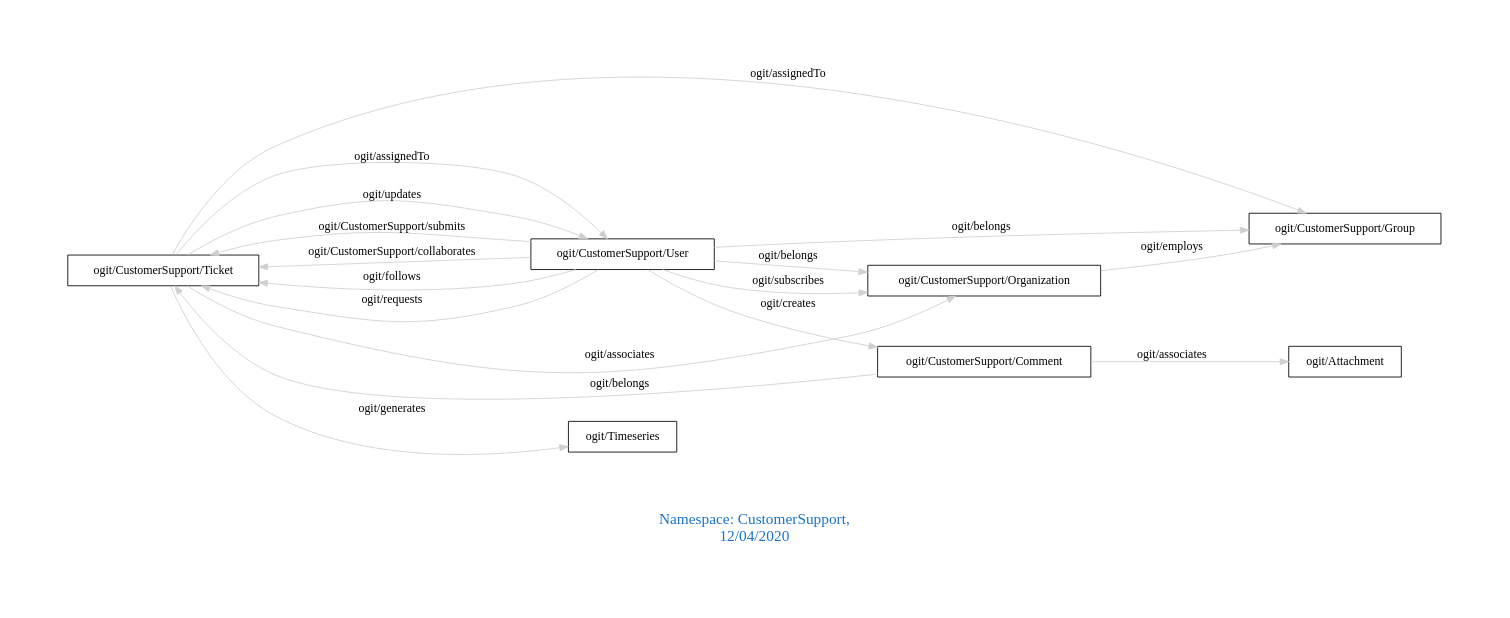
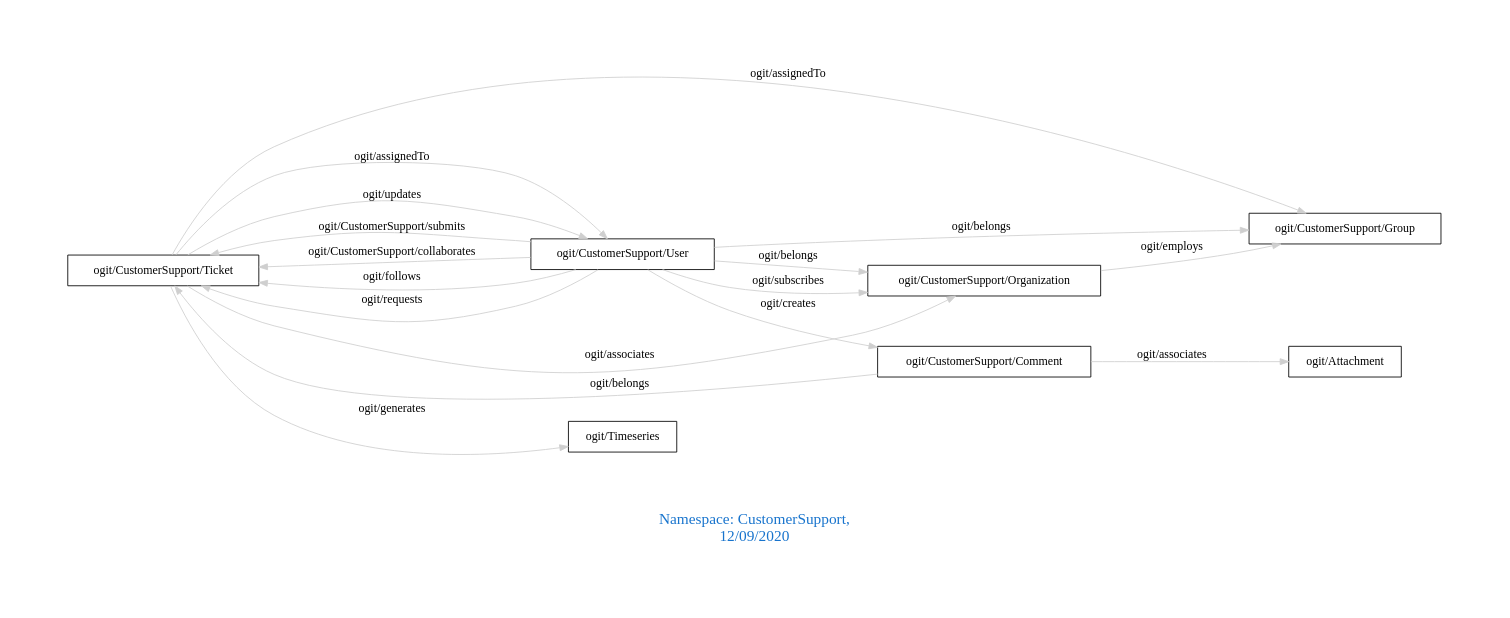
The diagram in downloads/CustomerSupport.dot (arago/OGIT), drawn with Graphviz before and after one commit. The commit also changed 1822 other files, not shown here.

```diff
--- a/downloads/CustomerSupport.dot
+++ b/downloads/CustomerSupport.dot
@@ -1,24 +1,24 @@
 digraph OGIT_ontology {
  graph [ rankdir= LR,pad=1 
 fontsize = 18,
-fontcolor= dodgerblue3,label = "\n\n\nNamespace: CustomerSupport, \n 12/04/2020"];
+fontcolor= dodgerblue3,label = "\n\n\nNamespace: CustomerSupport, \n 12/09/2020"];
 node[shape=polygon];
 edge [  color="gray81"];
 
    "ogit/CustomerSupport/Ticket" -> "ogit/CustomerSupport/User" [label="   ogit/assignedTo    "];
    "ogit/CustomerSupport/Ticket" -> "ogit/CustomerSupport/Group" [label="   ogit/assignedTo    "];
    "ogit/CustomerSupport/Ticket" -> "ogit/Timeseries" [label="   ogit/generates    "];
    "ogit/CustomerSupport/User" -> "ogit/CustomerSupport/Ticket" [label="   ogit/CustomerSupport/submits    "];
    "ogit/CustomerSupport/Organization" -> "ogit/CustomerSupport/Group" [label="   ogit/employs    "];
    "ogit/CustomerSupport/User" -> "ogit/CustomerSupport/Ticket" [label="   ogit/CustomerSupport/collaborates    "];
    "ogit/CustomerSupport/User" -> "ogit/CustomerSupport/Ticket" [label="   ogit/follows    "];
    "ogit/CustomerSupport/User" -> "ogit/CustomerSupport/Comment" [label="   ogit/creates    "];
    "ogit/CustomerSupport/Comment" -> "ogit/Attachment" [label="   ogit/associates    "];
    "ogit/CustomerSupport/Ticket" -> "ogit/CustomerSupport/Organization" [label="   ogit/associates    "];
    "ogit/CustomerSupport/User" -> "ogit/CustomerSupport/Ticket" [label="   ogit/requests    "];
    "ogit/CustomerSupport/Ticket" -> "ogit/CustomerSupport/User" [label="   ogit/updates    "];
    "ogit/CustomerSupport/Comment" -> "ogit/CustomerSupport/Ticket" [label="   ogit/belongs    "];
    "ogit/CustomerSupport/User" -> "ogit/CustomerSupport/Group" [label="   ogit/belongs    "];
    "ogit/CustomerSupport/User" -> "ogit/CustomerSupport/Organization" [label="   ogit/belongs    "];
    "ogit/CustomerSupport/User" -> "ogit/CustomerSupport/Organization" [label="   ogit/subscribes    "];
 }
```
